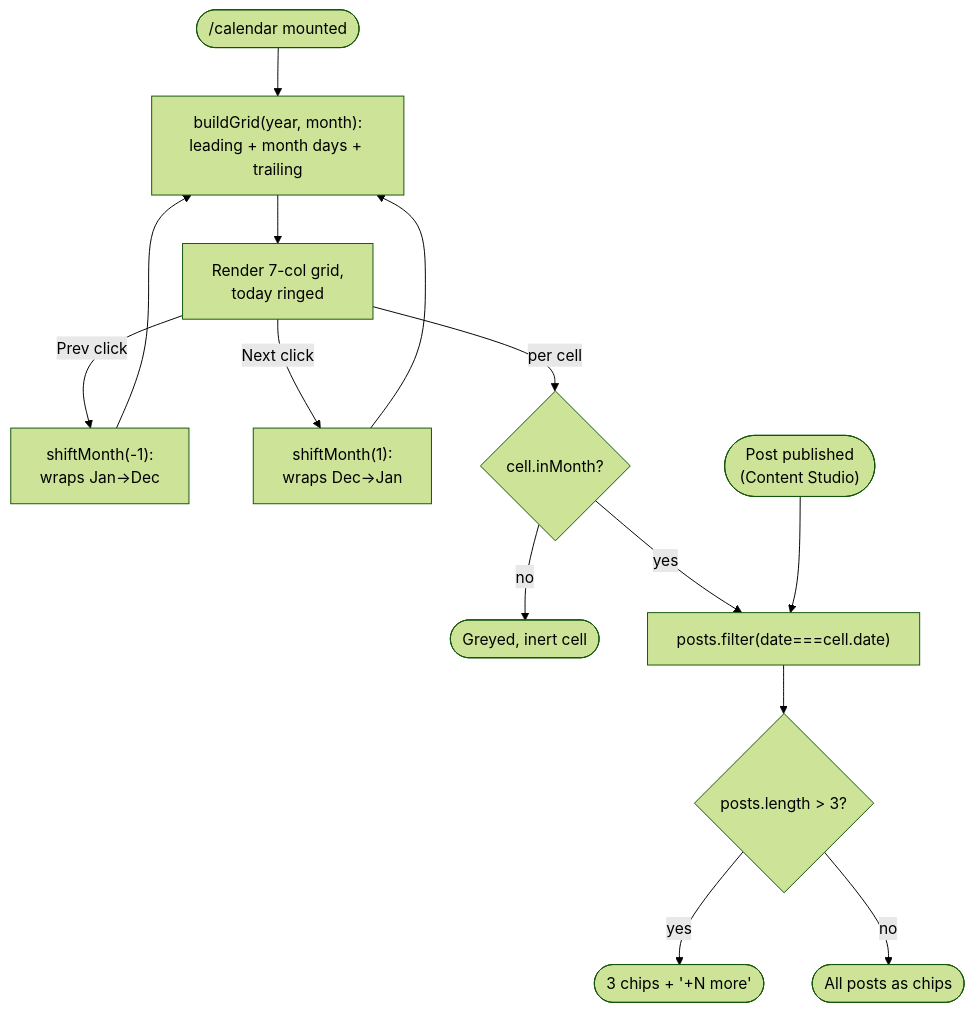
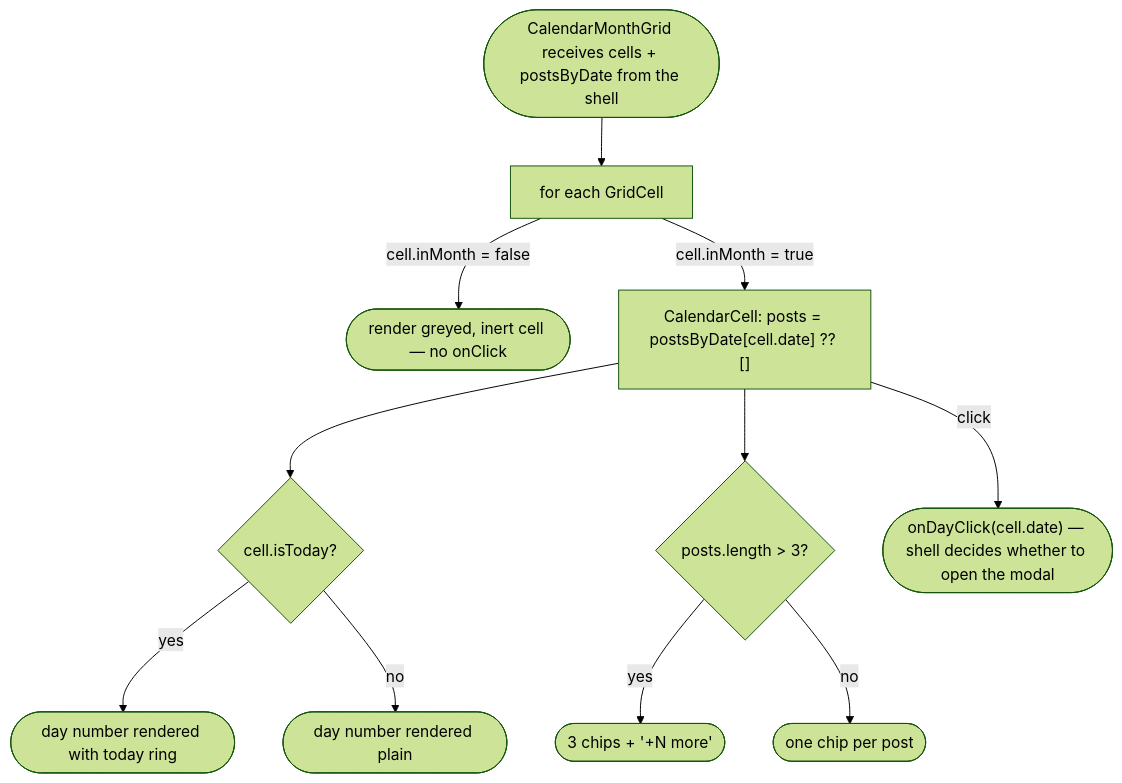
The diagram in docs/superpowers/plans/2026-08-10-ui-ux-overhaul-frontend/diagrams/cards/module-3/calendar-month-grid-navigation.mmd (SherieHub/CeView), drawn with Mermaid (forest theme) before and after one commit. The commit also changed 60 other files, not shown here.

```diff
--- a/docs/superpowers/plans/2026-08-10-ui-ux-overhaul-frontend/diagrams/cards/module-3/calendar-month-grid-navigation.mmd
+++ b/docs/superpowers/plans/2026-08-10-ui-ux-overhaul-frontend/diagrams/cards/module-3/calendar-month-grid-navigation.mmd
@@ -1,14 +1,11 @@
 flowchart TD
-  Mount(["/calendar mounted"]) --> Build["buildGrid(year, month):\nleading + month days + trailing"]
-  Build --> Render["Render 7-col grid,\ntoday ringed"]
-  Render -->|"Prev" click| ShiftPrev["shiftMonth(-1):\nwraps Jan→Dec"]
-  Render -->|"Next" click| ShiftNext["shiftMonth(1):\nwraps Dec→Jan"]
-  ShiftPrev --> Build
-  ShiftNext --> Build
-  Render -->|per cell| CellPosts{"cell.inMonth?"}
-  CellPosts -->|no| Greyed(["Greyed, inert cell"])
-  CellPosts -->|yes| Lookup["posts.filter(date===cell.date)"]
-  Lookup --> ChipCount{"posts.length > 3?"}
-  ChipCount -->|yes| Overflow(["3 chips + '+N more'"])
-  ChipCount -->|no| AllChips(["All posts as chips"])
-  PostPublished(["Post published\n(Content Studio)"]) --> Lookup
+  Props(["CalendarMonthGrid receives cells + postsByDate from the shell"]) --> Loop["for each GridCell"]
+  Loop -->|cell.inMonth = false| Inert(["render greyed, inert cell — no onClick"])
+  Loop -->|cell.inMonth = true| Cell["CalendarCell: posts = postsByDate[cell.date] ?? []"]
+  Cell --> Today{"cell.isToday?"}
+  Today -->|yes| Ring(["day number rendered with today ring"])
+  Today -->|no| Plain(["day number rendered plain"])
+  Cell --> Chips{"posts.length > 3?"}
+  Chips -->|yes| Overflow(["3 chips + '+N more'"])
+  Chips -->|no| All(["one chip per post"])
+  Cell -->|click| Emit(["onDayClick(cell.date) — shell decides whether to open the modal"])
```
